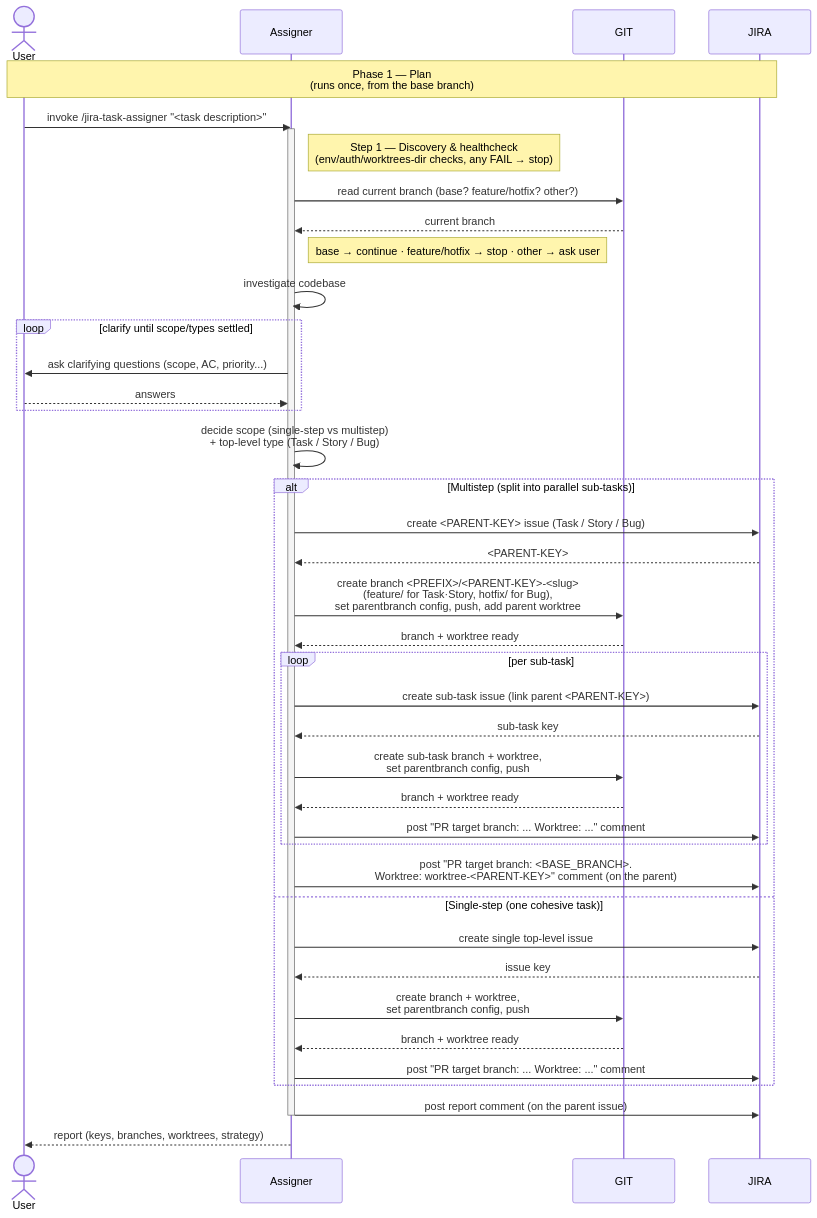
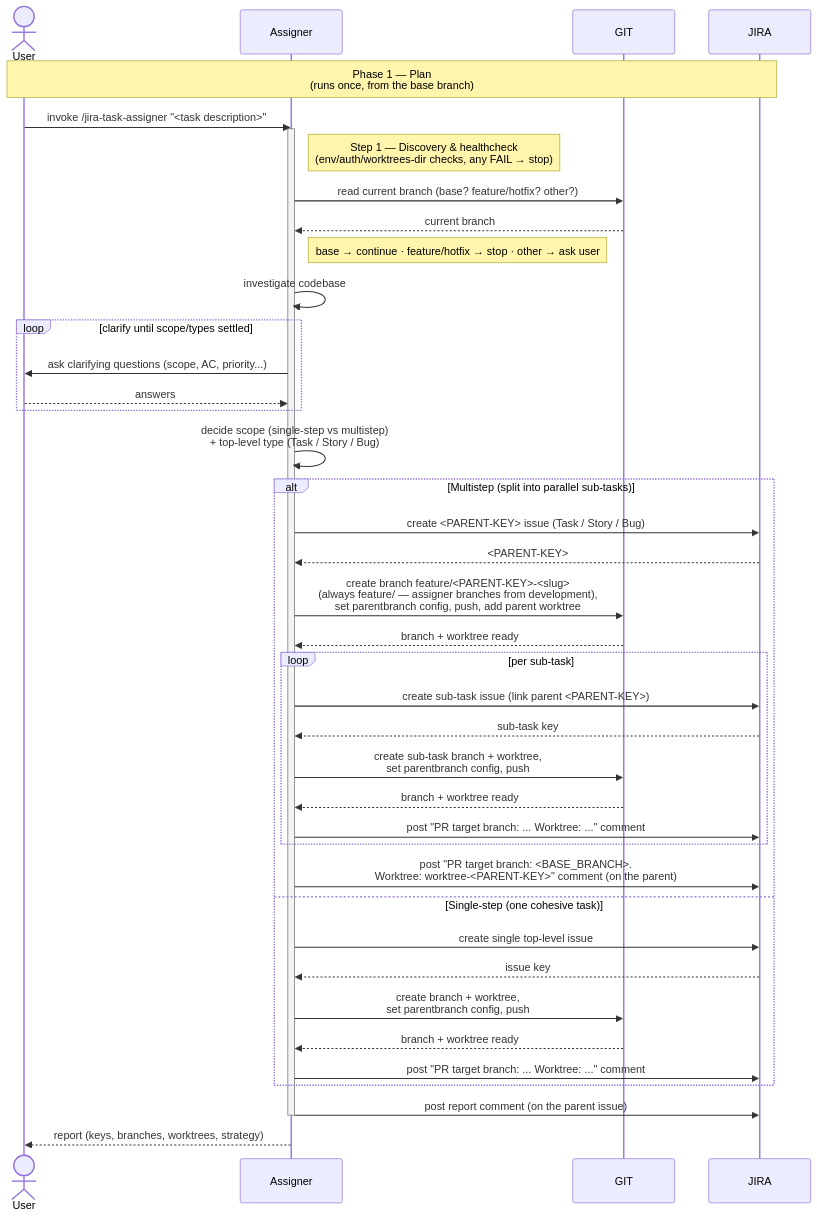
One commit to kantorv/jira-sdlc-tools changed the diagram in plugins/jira-sdlc/docs/TASK-LIFECYCLE-PHASE-1.md. Above: the diagram before and after it, drawn with Mermaid. The commit also changed 2 other files, not shown here.

Commit message:
JST-67 branch prefix follows base branch, not issue type
Align the skills with SDLC.md §2: feature/ = branched from development
(all planned work — features and bug fixes alike), hotfix/ = an
emergency fix branched from main. The assigner only ever branches from
development, so it now always creates feature/ branches regardless of
issue type (drops the old Task/Story→feature, Bug→hotfix rule and the
"hotfix from a different base not supported" caveat). hotfix/ is produced
only by the §7 no-assigner bootstrap when it branches from main.

- assigner: prefix rule → always feature/; all git commands emit feature/
- §7: decision rule + bootstrap prefix pick keyed on the base branch
- phase-1 diagram: reflect always-feature/

````diff
--- a/plugins/jira-sdlc/docs/TASK-LIFECYCLE-PHASE-1.md
+++ b/plugins/jira-sdlc/docs/TASK-LIFECYCLE-PHASE-1.md
@@ -26,49 +26,49 @@
 ```mermaid
 sequenceDiagram
     actor User
     participant Assigner
     participant GIT
     participant JIRA
 
     Note over User,JIRA: Phase 1 — Plan<br/>(runs once, from the base branch)
     User->>Assigner: invoke /jira-task-assigner "<task description>"
 
     activate Assigner
     Note right of Assigner: Step 1 — Discovery & healthcheck<br/>(env/auth/worktrees-dir checks, any FAIL → stop)
     Assigner->>GIT: read current branch (base? feature/hotfix? other?)
     GIT-->>Assigner: current branch
     Note right of Assigner: base → continue · feature/hotfix → stop · other → ask user
     Assigner->>Assigner: investigate codebase
 
     loop clarify until scope/types settled
         Assigner->>User: ask clarifying questions (scope, AC, priority...)
         User-->>Assigner: answers
     end
 
     Assigner->>Assigner: decide scope (single-step vs multistep)<br/>+ top-level type (Task / Story / Bug)
 
     alt Multistep (split into parallel sub-tasks)
         Assigner->>JIRA: create <PARENT-KEY> issue (Task / Story / Bug)
         JIRA-->>Assigner: <PARENT-KEY>
-        Assigner->>GIT: create branch <PREFIX>/<PARENT-KEY>-<slug><br/>(feature/ for Task·Story, hotfix/ for Bug),<br/>set parentbranch config, push, add parent worktree
+        Assigner->>GIT: create branch feature/<PARENT-KEY>-<slug><br/>(always feature/ — assigner branches from development),<br/>set parentbranch config, push, add parent worktree
         GIT-->>Assigner: branch + worktree ready
         loop per sub-task
             Assigner->>JIRA: create sub-task issue (link parent <PARENT-KEY>)
             JIRA-->>Assigner: sub-task key
             Assigner->>GIT: create sub-task branch + worktree,<br/>set parentbranch config, push
             GIT-->>Assigner: branch + worktree ready
             Assigner->>JIRA: post "PR target branch: ... Worktree: ..." comment
         end
         Assigner->>JIRA: post "PR target branch: <BASE_BRANCH>.<br/>Worktree: worktree-<PARENT-KEY>" comment (on the parent)
     else Single-step (one cohesive task)
         Assigner->>JIRA: create single top-level issue
         JIRA-->>Assigner: issue key
         Assigner->>GIT: create branch + worktree,<br/>set parentbranch config, push
         GIT-->>Assigner: branch + worktree ready
         Assigner->>JIRA: post "PR target branch: ... Worktree: ..." comment
     end
     Assigner->>JIRA: post report comment (on the parent issue)
     deactivate Assigner
 
     Assigner-->>User: report (keys, branches, worktrees, strategy)
 ```
````
